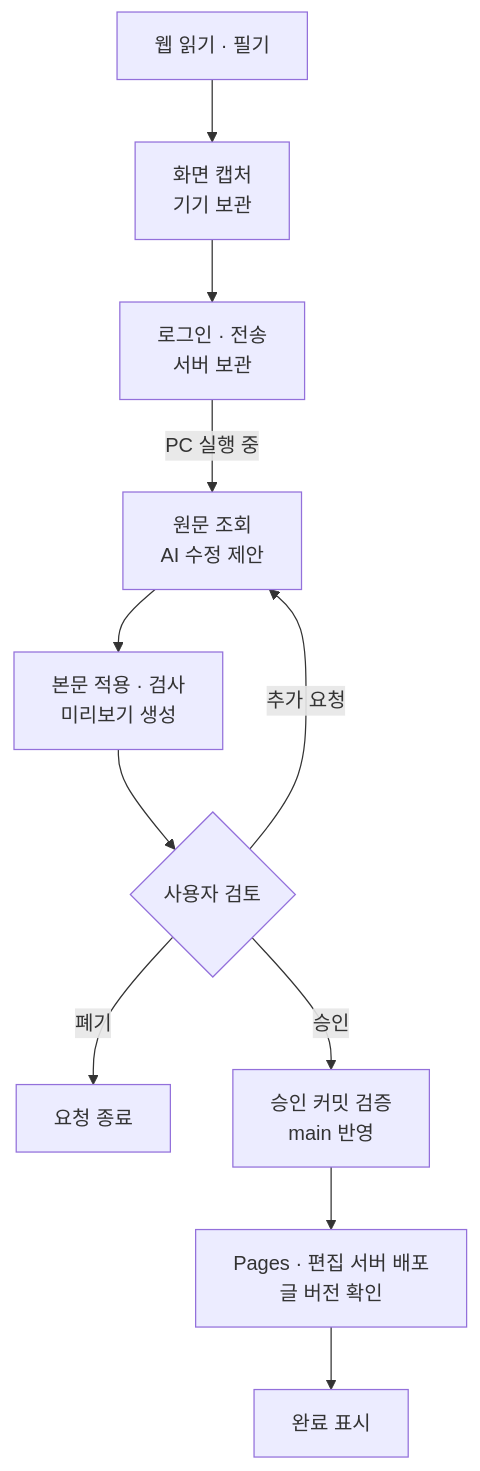
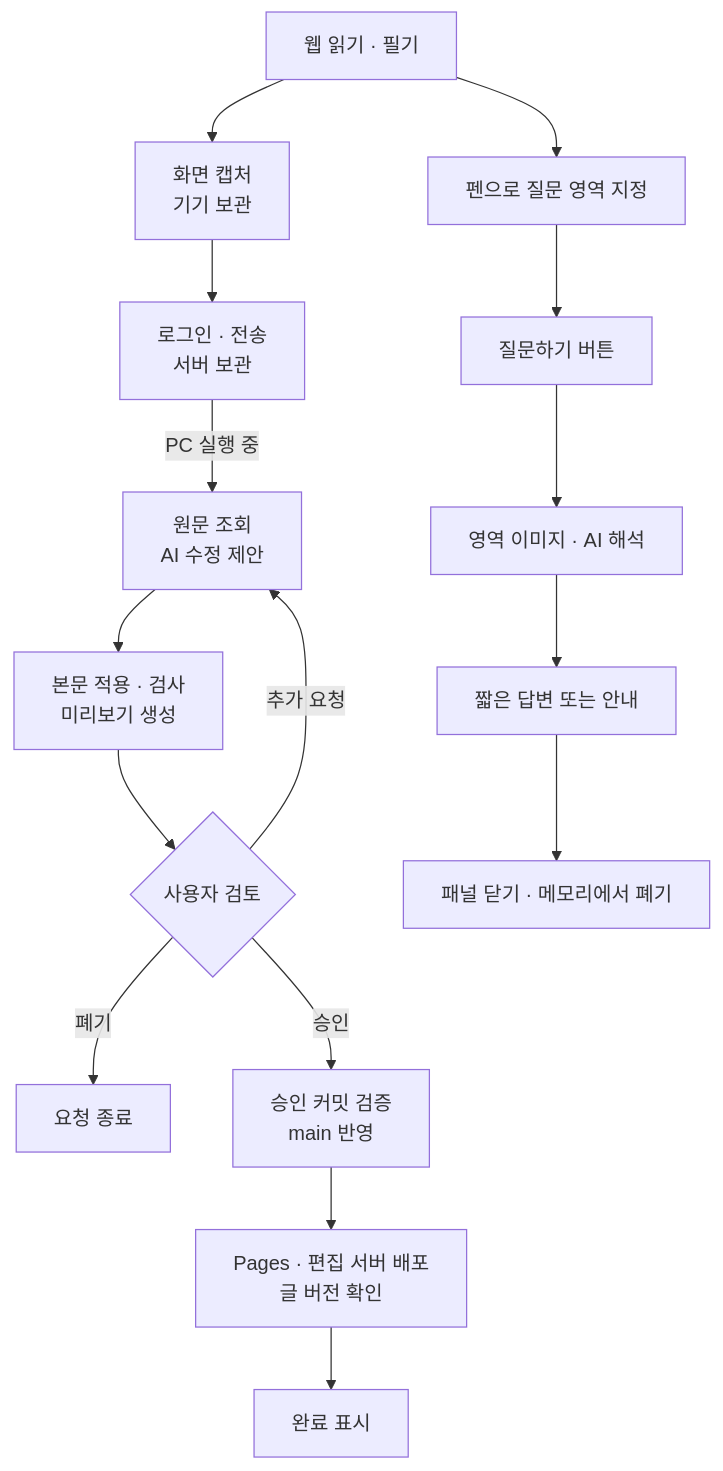
The first of 2 diagrams in docs/feature-map.md (imjae/SketchBrowser), drawn with Mermaid before and after one commit. The commit also changed other lines of this file and 28 other files, not shown here.

````diff
--- a/docs/feature-map.md
+++ b/docs/feature-map.md
@@ -22,13 +21,18 @@
 ```mermaid
 flowchart TD
     A[웹 읽기 · 필기] --> B["화면 캡처<br/>기기 보관"]
     B --> C["로그인 · 전송<br/>서버 보관"]
     C -->|PC 실행 중| D["원문 조회<br/>AI 수정 제안"]
     D --> E["본문 적용 · 검사<br/>미리보기 생성"]
     E --> R{사용자 검토}
     R -->|추가 요청| D
     R -->|폐기| X[요청 종료]
     R -->|승인| F["승인 커밋 검증<br/>main 반영"]
     F --> G["Pages · 편집 서버 배포<br/>글 버전 확인"]
     G --> H[완료 표시]
+    A --> Q[펜으로 질문 영역 지정]
+    Q --> QB[질문하기 버튼]
+    QB --> QC[영역 이미지 · AI 해석]
+    QC --> QA[짧은 답변 또는 안내]
+    QA --> QX[패널 닫기 · 메모리에서 폐기]
 ```
````
